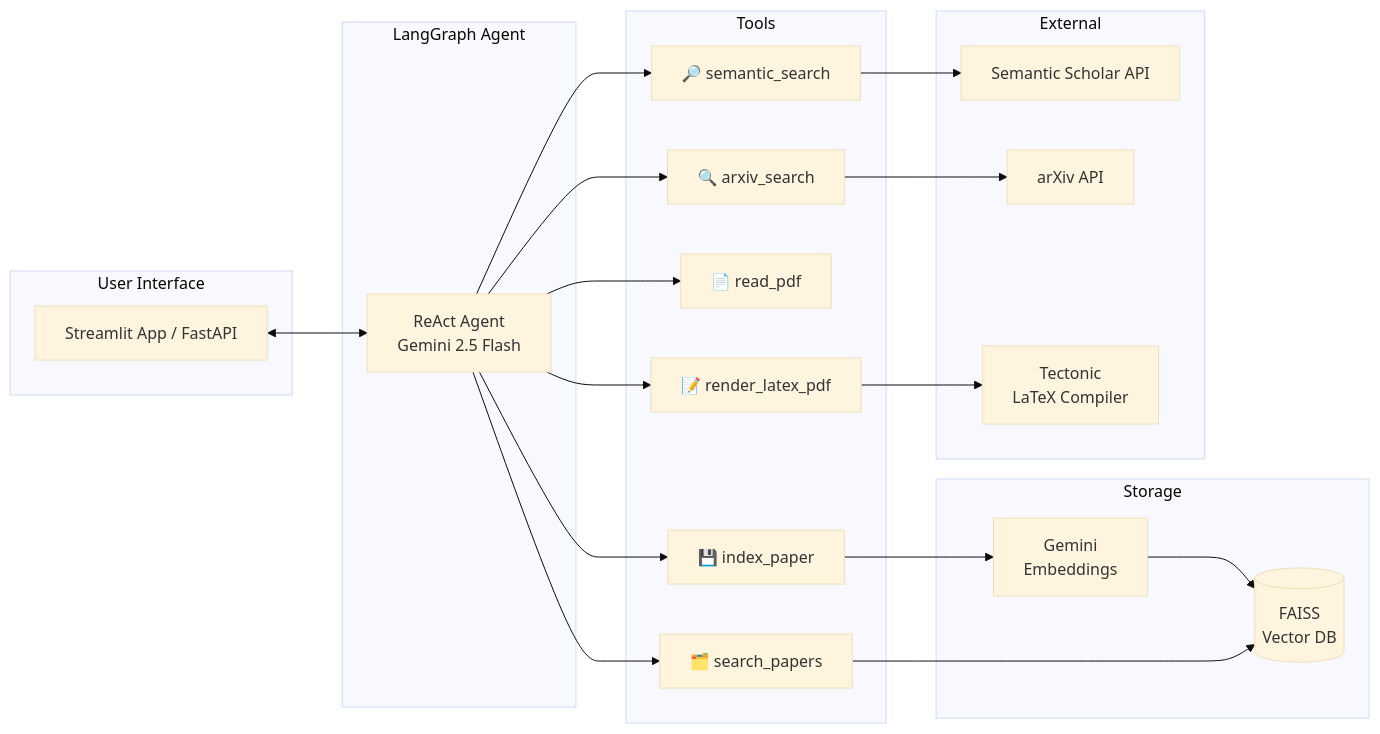
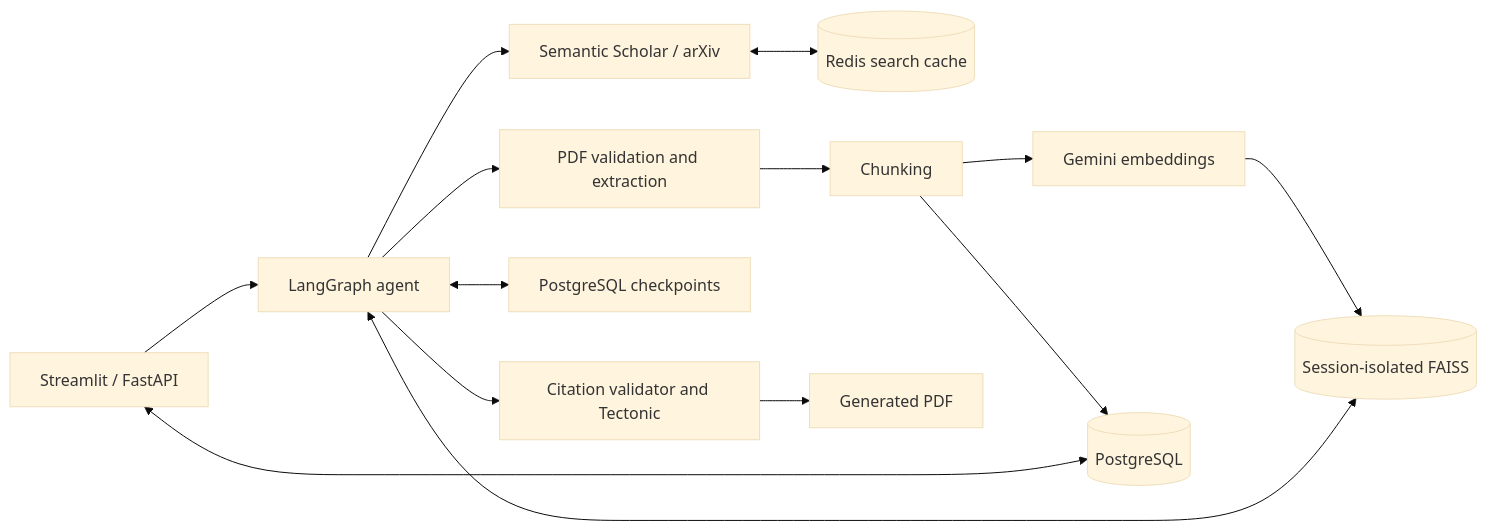
The diagram in README.md (ameeta18/AI-Research-Assistant), drawn with Mermaid (base theme) before and after one commit. The commit also changed other lines of this file and 53 other files, not shown here.

````diff
--- a/README.md
+++ b/README.md
@@ -11,38 +25,20 @@
 ```mermaid
 flowchart LR
-    subgraph User Interface
-        UI[Streamlit App / FastAPI]
-    end
+    UI[Streamlit / FastAPI] --> AGENT[LangGraph agent]
 
-    subgraph LangGraph Agent
-        A[ReAct Agent\nGemini 2.5 Flash]
-    end
+    AGENT --> SEARCH[Semantic Scholar / arXiv]
+    SEARCH <--> REDIS[(Redis search cache)]
 
-    subgraph Tools
-        T1[🔎 semantic_search]
-        T2[🔍 arxiv_search]
-        T3[📄 read_pdf]
-        T4[💾 index_paper]
-        T5[🗂️ search_papers]
-        T6[📝 render_latex_pdf]
-    end
+    AGENT --> PDF[PDF validation and extraction]
+    PDF --> CHUNKS[Chunking]
+    CHUNKS --> EMB[Gemini embeddings]
+    EMB --> FAISS[(Session-isolated FAISS)]
+    CHUNKS --> PG[(PostgreSQL)]
 
-    subgraph Storage
-        VDB[(FAISS\nVector DB)]
-        EMB[Gemini\nEmbeddings]
-    end
+    AGENT <--> FAISS
+    AGENT <--> CHECKPOINTS[PostgreSQL checkpoints]
+    UI <--> PG
 
-    subgraph External
-        SS[Semantic Scholar API]
-        AX[arXiv API]
-        TEX[Tectonic\nLaTeX Compiler]
-    end
-
-    UI <--> A
-    A --> T1 --> SS
-    A --> T2 --> AX
-    A --> T3
-    A --> T4 --> EMB --> VDB
-    A --> T5 --> VDB
-    A --> T6 --> TEX
+    AGENT --> LATEX[Citation validator and Tectonic]
+    LATEX --> OUTPUT[Generated PDF]
 ```
````
